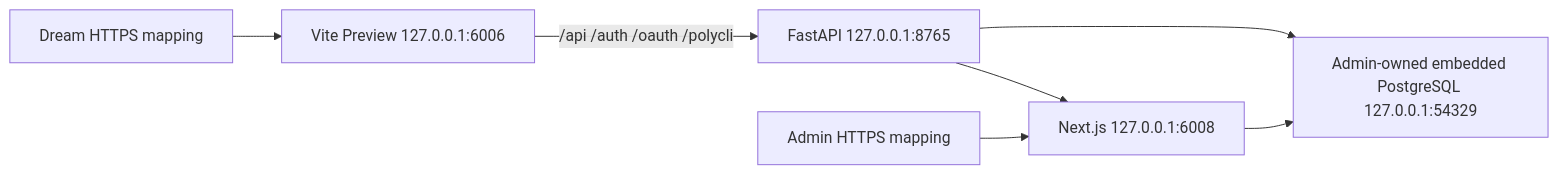
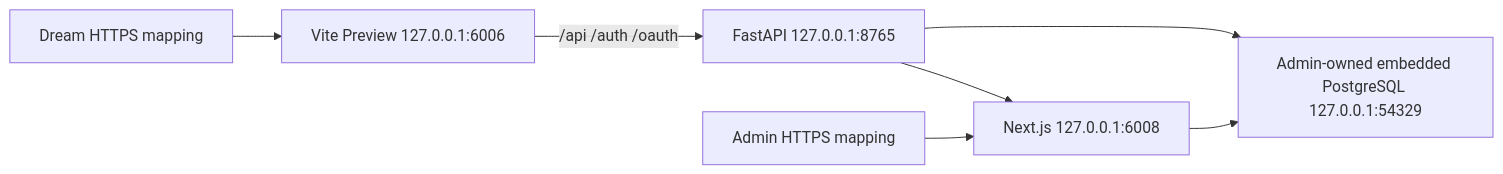
Before and after one commit to glide-the/im-dream: the diagram in docs/deploy/autodl.md, drawn with Mermaid. The commit also changed other lines of this file and 136 other files, not shown here.

````diff
--- a/docs/deploy/autodl.md
+++ b/docs/deploy/autodl.md
@@ -12,9 +13,9 @@
 ```mermaid
 flowchart LR
   DreamPublic["Dream HTTPS mapping"] --> Frontend["Vite Preview 127.0.0.1:6006"]
-  Frontend -->|"/api /auth /oauth /polycli"| Dream["FastAPI 127.0.0.1:8765"]
+  Frontend -->|"/api /auth /oauth"| Dream["FastAPI 127.0.0.1:8765"]
   AdminPublic["Admin HTTPS mapping"] --> Admin["Next.js 127.0.0.1:6008"]
   Dream --> Admin
   Dream --> PG["Admin-owned embedded PostgreSQL 127.0.0.1:54329"]
   Admin --> PG
 ```
````
